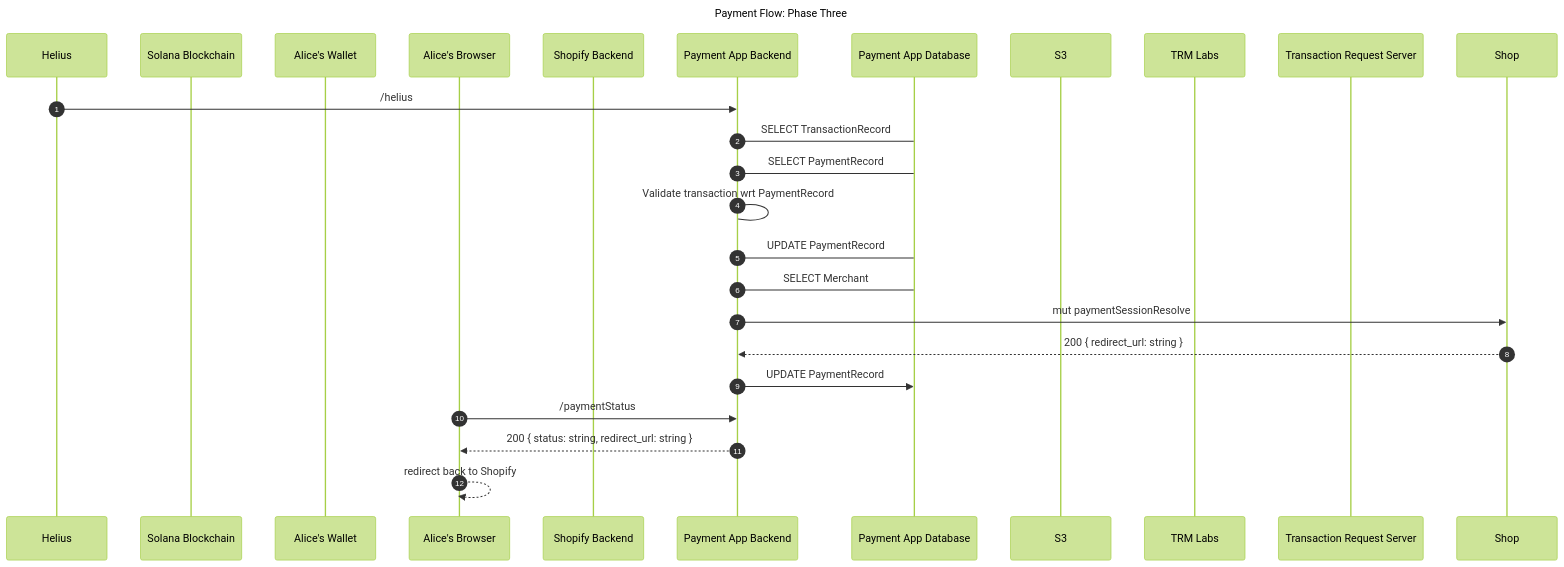
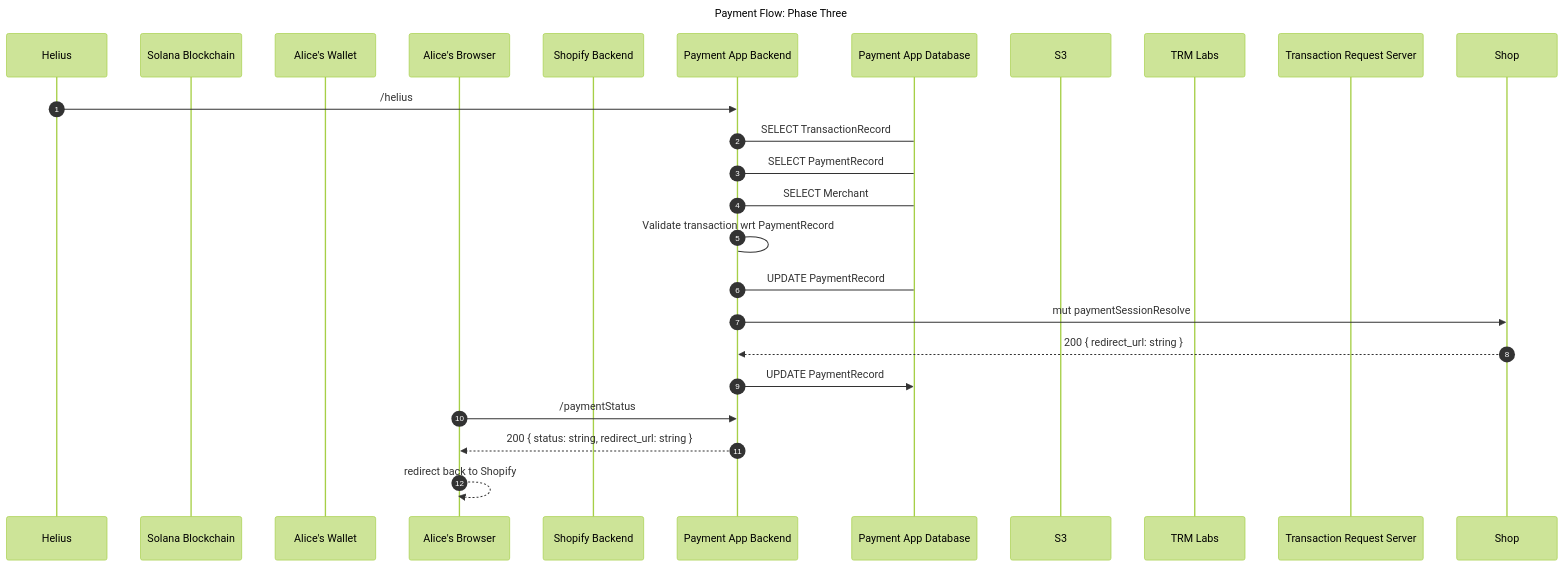
One commit to solana-labs/solana-payments-app changed the third of 7 diagrams in system-design/README.md. Above: the diagram before and after it, drawn with Mermaid (forest theme). The commit also changed other lines of this file, not shown here.

````diff
--- a/system-design/README.md
+++ b/system-design/README.md
@@ -77,27 +81,27 @@
 ```mermaid
 sequenceDiagram
     title Payment Flow: Phase Three
     autonumber
     participant Helius
     participant Solana as Solana Blockchain
     participant Wallet as Alice's Wallet
     participant Alice as Alice's Browser
     participant SHOP as Shopify Backend
     participant BACKEND as Payment App Backend
     participant DATABASE as Payment App Database
     participant S3
     participant TRM as TRM Labs
     participant TRS as Transaction Request Server
     Helius->>BACKEND: /helius
     BACKEND->DATABASE: SELECT TransactionRecord
     BACKEND->DATABASE: SELECT PaymentRecord
+    BACKEND->DATABASE: SELECT Merchant
     BACKEND->BACKEND: Validate transaction wrt PaymentRecord
     BACKEND->DATABASE: UPDATE PaymentRecord
-    BACKEND->DATABASE: SELECT Merchant
     BACKEND->>Shop: mut paymentSessionResolve
     Shop-->>BACKEND: 200 { redirect_url: string }
     BACKEND->>DATABASE: UPDATE PaymentRecord
     Alice->>BACKEND: /paymentStatus
     BACKEND-->>Alice: 200 { status: string, redirect_url: string }
     Alice-->>Alice: redirect back to Shopify
 ```
````
